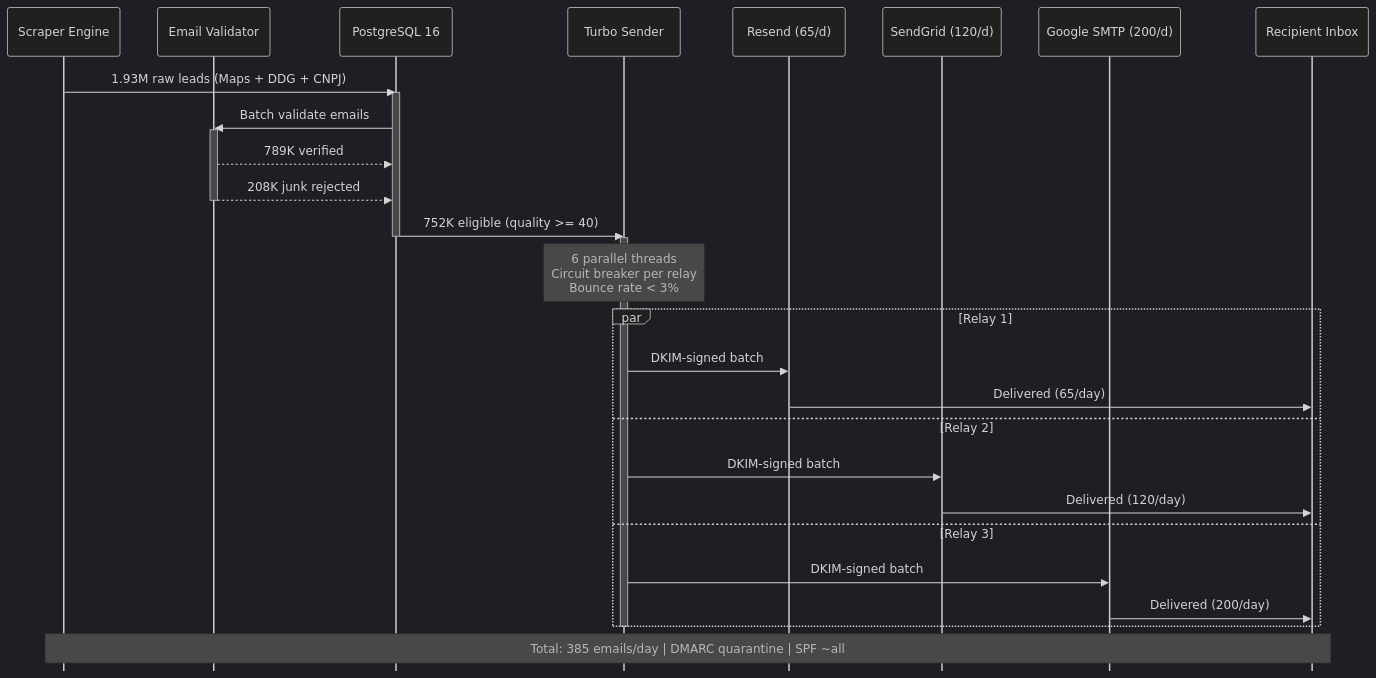
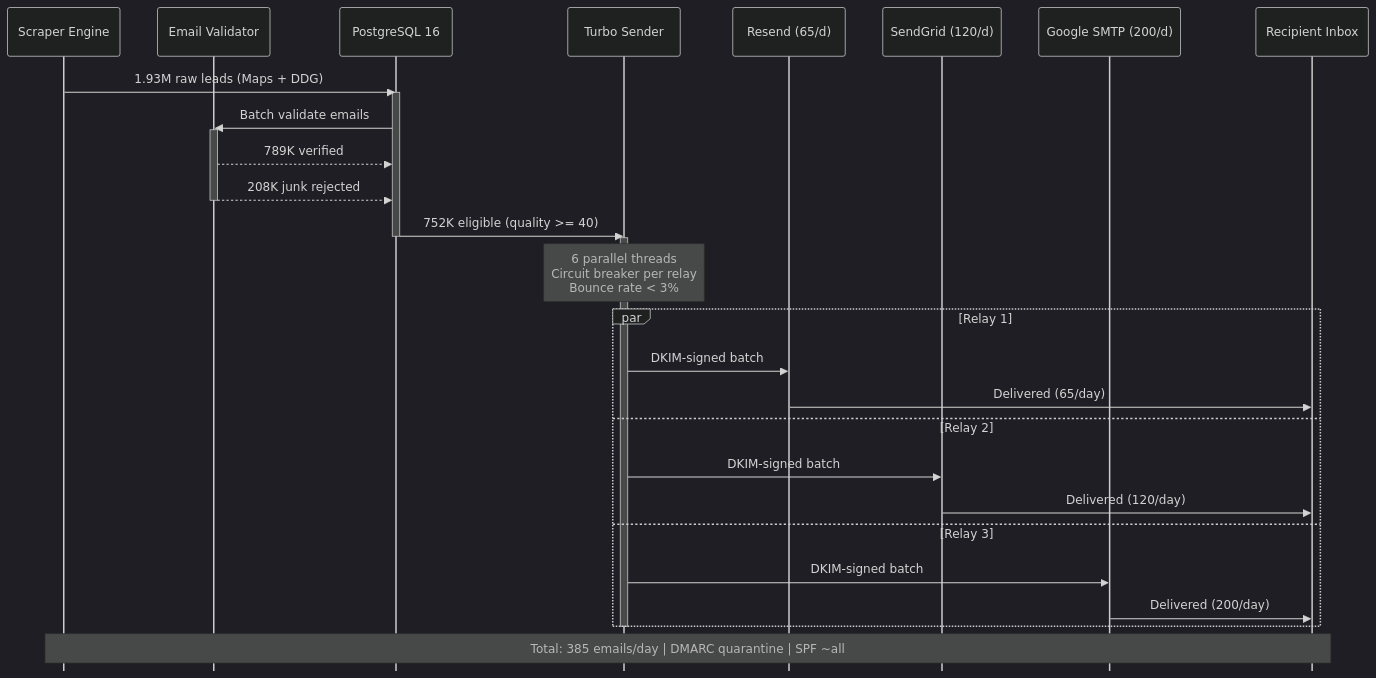
Before and after one commit to MatheusAgueda/MatheusAgueda: the fourth of 15 diagrams in README.md, drawn with Mermaid. The commit also changed other lines of this file, not shown here.

````diff
--- a/README.md
+++ b/README.md
@@ -580,37 +554,37 @@
 ```mermaid
 %%{init: {'theme': 'dark', 'sequence': {'actorFontSize': 14, 'messageFontSize': 12, 'mirrorActors': false}}}%%
 
 sequenceDiagram
     participant SC as Scraper Engine
     participant VA as Email Validator
     participant DB as PostgreSQL 16
     participant TS as Turbo Sender
     participant R1 as Resend (65/d)
     participant R2 as SendGrid (120/d)
     participant R3 as Google SMTP (200/d)
     participant IN as Recipient Inbox
 
-    SC->>DB: 1.93M raw leads (Maps + DDG + CNPJ)
+    SC->>DB: 1.93M raw leads (Maps + DDG)
     activate DB
     DB->>VA: Batch validate emails
     activate VA
     VA-->>DB: 789K verified
     VA-->>DB: 208K junk rejected
     deactivate VA
     DB->>TS: 752K eligible (quality >= 40)
     deactivate DB
     activate TS
     Note over TS: 6 parallel threads<br/>Circuit breaker per relay<br/>Bounce rate < 3%
     par Relay 1
         TS->>R1: DKIM-signed batch
         R1->>IN: Delivered (65/day)
     and Relay 2
         TS->>R2: DKIM-signed batch
         R2->>IN: Delivered (120/day)
     and Relay 3
         TS->>R3: DKIM-signed batch
         R3->>IN: Delivered (200/day)
     end
     deactivate TS
     Note over SC,IN: Total: 385 emails/day | DMARC quarantine | SPF ~all
 ```
````
